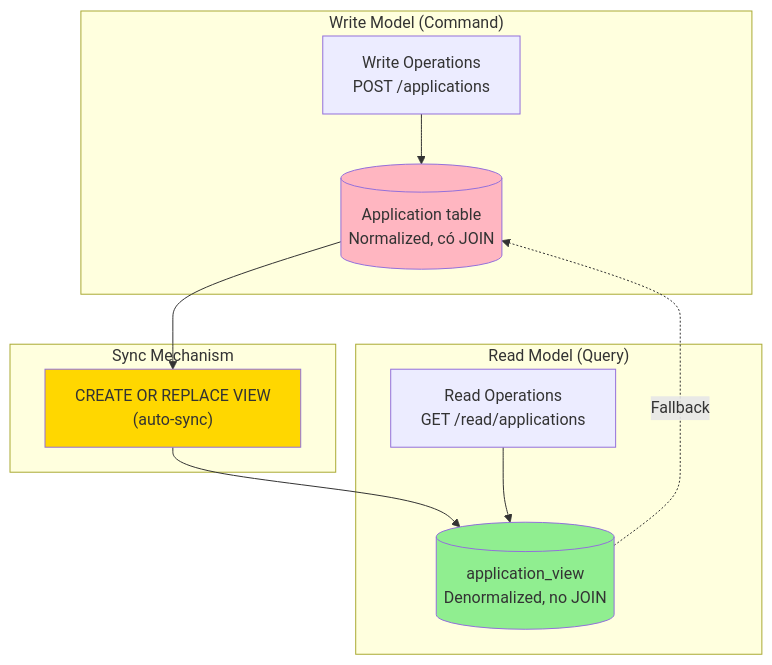
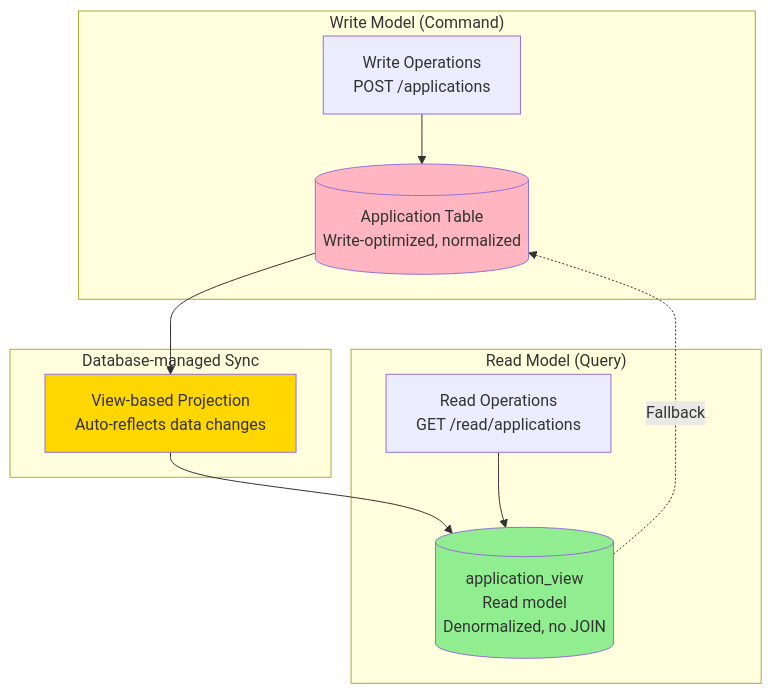
Diagram 12 of 14 in backend/docs/SYSTEM_FLOW_AFTER_PATTERNS.md (huytu0702/university_admission_portal), drawn with Mermaid before and after one commit.

````diff
--- a/backend/docs/SYSTEM_FLOW_AFTER_PATTERNS.md
+++ b/backend/docs/SYSTEM_FLOW_AFTER_PATTERNS.md
@@ -1706,26 +1706,27 @@
 ```mermaid
 graph TB
     subgraph "Write Model (Command)"
         Write[Write Operations<br/>POST /applications]
-        WriteDB[("Application" table<br/>Normalized, có JOIN)]
+        WriteDB[("Application" Table<br/>Write-optimized, normalized)]
     end
     
     subgraph "Read Model (Query)"
         Read[Read Operations<br/>GET /read/applications]
-        ReadView[("application_view"<br/>Denormalized, no JOIN)]
+        ReadView[("application_view"<br/>Read model<br/>Denormalized, no JOIN)]
     end
     
-    subgraph "Sync Mechanism"
-        ViewSync["CREATE OR REPLACE VIEW<br/>(auto-sync)"]
+    subgraph "Database-managed Sync"
+        ViewSync["View-based Projection<br/>Auto-reflects data changes"]
     end
     
     Write --> WriteDB
     WriteDB --> ViewSync
     ViewSync --> ReadView
     Read --> ReadView
     ReadView -.->|Fallback| WriteDB
     
     style WriteDB fill:#FFB6C1
     style ReadView fill:#90EE90
     style ViewSync fill:#FFD700
+
 ```
````
